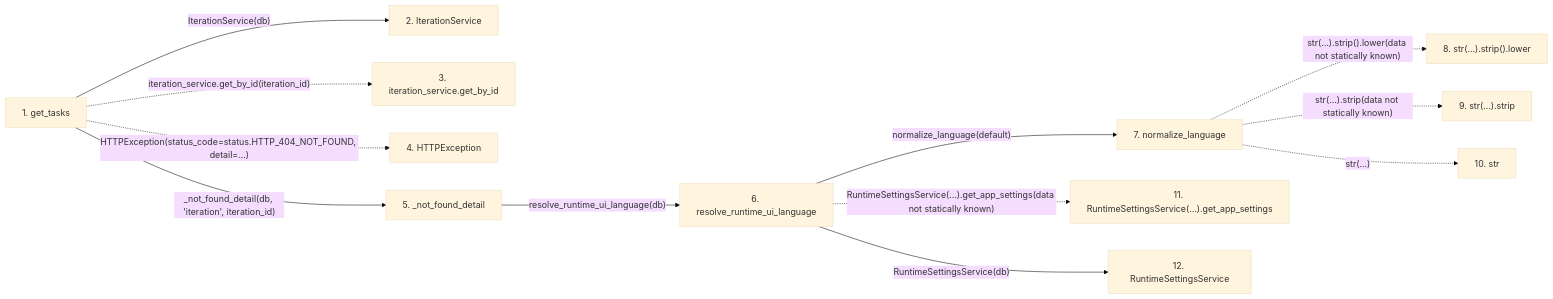
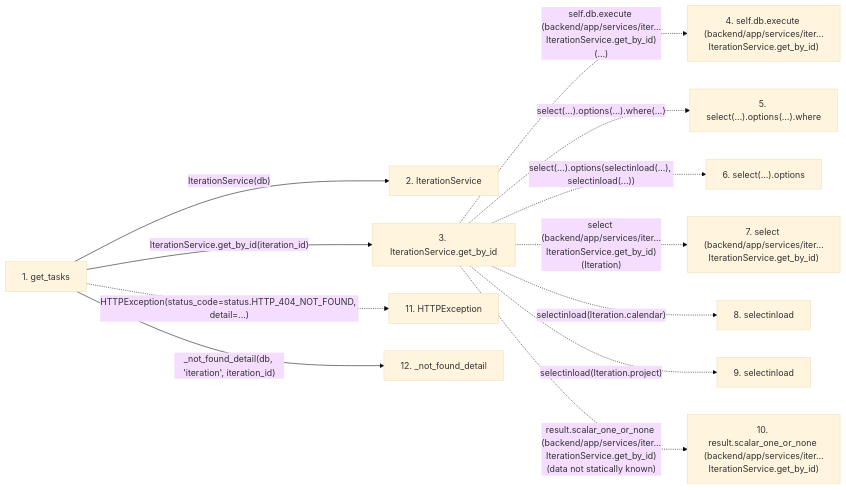
The second of 2 diagrams in docs/llm_wiki/flows/http-get_tasks.md (Denissvgn/WorkChord), drawn with Mermaid (base theme) before and after one commit. The commit also changed other lines of this file and 25171 other files, not shown here.

````diff
--- a/docs/llm_wiki/flows/http-get_tasks.md
+++ b/docs/llm_wiki/flows/http-get_tasks.md
@@ -71,32 +136,30 @@
 ```mermaid
 flowchart LR
     s1["1. get_tasks"]
     s2["2. IterationService"]
-    s3["3. iteration_service.get_by_id"]
-    s4["4. HTTPException"]
-    s5["5. _not_found_detail"]
-    s6["6. resolve_runtime_ui_language"]
-    s7["7. normalize_language"]
-    s8["8. str(…).strip().lower"]
-    s9["9. str(…).strip"]
-    s10["10. str"]
-    s11["11. RuntimeSettingsService(…).get_app_settings"]
-    s12["12. RuntimeSettingsService"]
+    s3["3. IterationService.get_by_id"]
+    s4["4. self.db.execute (backend/app/services/iter…IterationService.get_by_id)"]
+    s5["5. select(…).options(…).where"]
+    s6["6. select(…).options"]
+    s7["7. select (backend/app/services/iter…IterationService.get_by_id)"]
+    s8["8. selectinload"]
+    s9["9. selectinload"]
+    s10["10. result.scalar_one_or_none (backend/app/services/iter…IterationService.get_by_id)"]
+    s11["11. HTTPException"]
+    s12["12. _not_found_detail"]
     s1 -->|"IterationService(db)"| s2
-    s1 -. "iteration_service.get_by_id(iteration_id)" .-> s3
-    s1 -. "HTTPException(status_code=status.HTTP_404_NOT_FOUND, detail=...)" .-> s4
-    s1 -->|"_not_found_detail(db, 'iteration', iteration_id)"| s5
-    s5 -->|"resolve_runtime_ui_language(db)"| s6
-    s6 -->|"normalize_language(default)"| s7
-    s7 -. "str(…).strip().lower(data not statically known)" .-> s8
-    s7 -. "str(…).strip(data not statically known)" .-> s9
-    s7 -. "str(...)" .-> s10
-    s6 -. "RuntimeSettingsService(…).get_app_settings(data not statically known)" .-> s11
-    s6 -->|"RuntimeSettingsService(db)"| s12
+    s1 -->|"IterationService.get_by_id(iteration_id)"| s3
+    s3 -. "self.db.execute (backend/app/services/iter…IterationService.get_by_id)(...)" .-> s4
+    s3 -. "select(…).options(…).where(...)" .-> s5
+    s3 -. "select(…).options(selectinload(...), selectinload(...))" .-> s6
+    s3 -. "select (backend/app/services/iter…IterationService.get_by_id)(Iteration)" .-> s7
+    s3 -. "selectinload(Iteration.calendar)" .-> s8
+    s3 -. "selectinload(Iteration.project)" .-> s9
+    s3 -. "result.scalar_one_or_none (backend/app/services/iter…IterationService.get_by_id)(data not statically known)" .-> s10
+    s1 -. "HTTPException(status_code=status.HTTP_404_NOT_FOUND, detail=...)" .-> s11
+    s1 -->|"_not_found_detail(db, 'iteration', iteration_id)"| s12
     click s1 "../modules/tasks.md"
     click s2 "../modules/iteration_service.md"
-    click s5 "../modules/tasks.md"
-    click s6 "../modules/language_service.md"
-    click s7 "../modules/language_service.md"
-    click s12 "../modules/system_settings_service.md"
+    click s3 "../modules/iteration_service.md"
+    click s12 "../modules/tasks.md"
 ```
````
